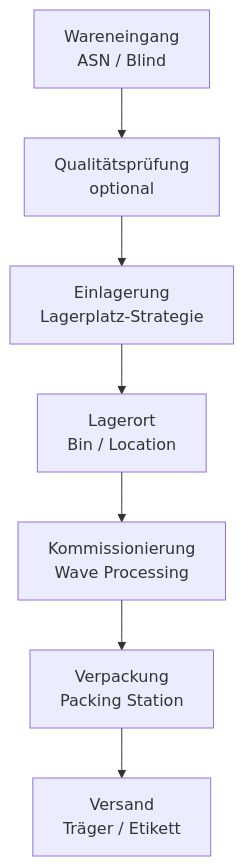
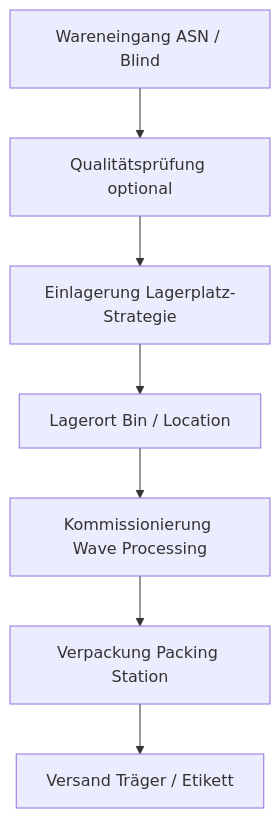
Before and after one commit to SoniiiT/notes-n-docs: the first of 7 diagrams in Microsoft 365/Dynamics 365/Dynamics 365 Supply Chain Management.md, drawn with Mermaid. The commit also changed other lines of this file and 124 other files, not shown here.

First line of the commit message:
fix: Entferne \n aus allen Mermaid-Diagrammen (125 Dateien)

````diff
--- a/Microsoft 365/Dynamics 365/Dynamics 365 Supply Chain Management.md
+++ b/Microsoft 365/Dynamics 365/Dynamics 365 Supply Chain Management.md
@@ -28,9 +28,9 @@
 ```mermaid
 graph TD
-    IN[Wareneingang\nASN / Blind] --> QC[Qualitätsprüfung\noptional]
-    QC --> PUT[Einlagerung\nLagerplatz-Strategie]
-    PUT --> LOC[Lagerort\nBin / Location]
-    LOC --> PICK[Kommissionierung\nWave Processing]
-    PICK --> PACK[Verpackung\nPacking Station]
-    PACK --> SHIP[Versand\nTräger / Etikett]
+    IN[Wareneingang ASN / Blind] --> QC[Qualitätsprüfung optional]
+    QC --> PUT[Einlagerung Lagerplatz-Strategie]
+    PUT --> LOC[Lagerort Bin / Location]
+    LOC --> PICK[Kommissionierung Wave Processing]
+    PICK --> PACK[Verpackung Packing Station]
+    PACK --> SHIP[Versand Träger / Etikett]
 ```
````
